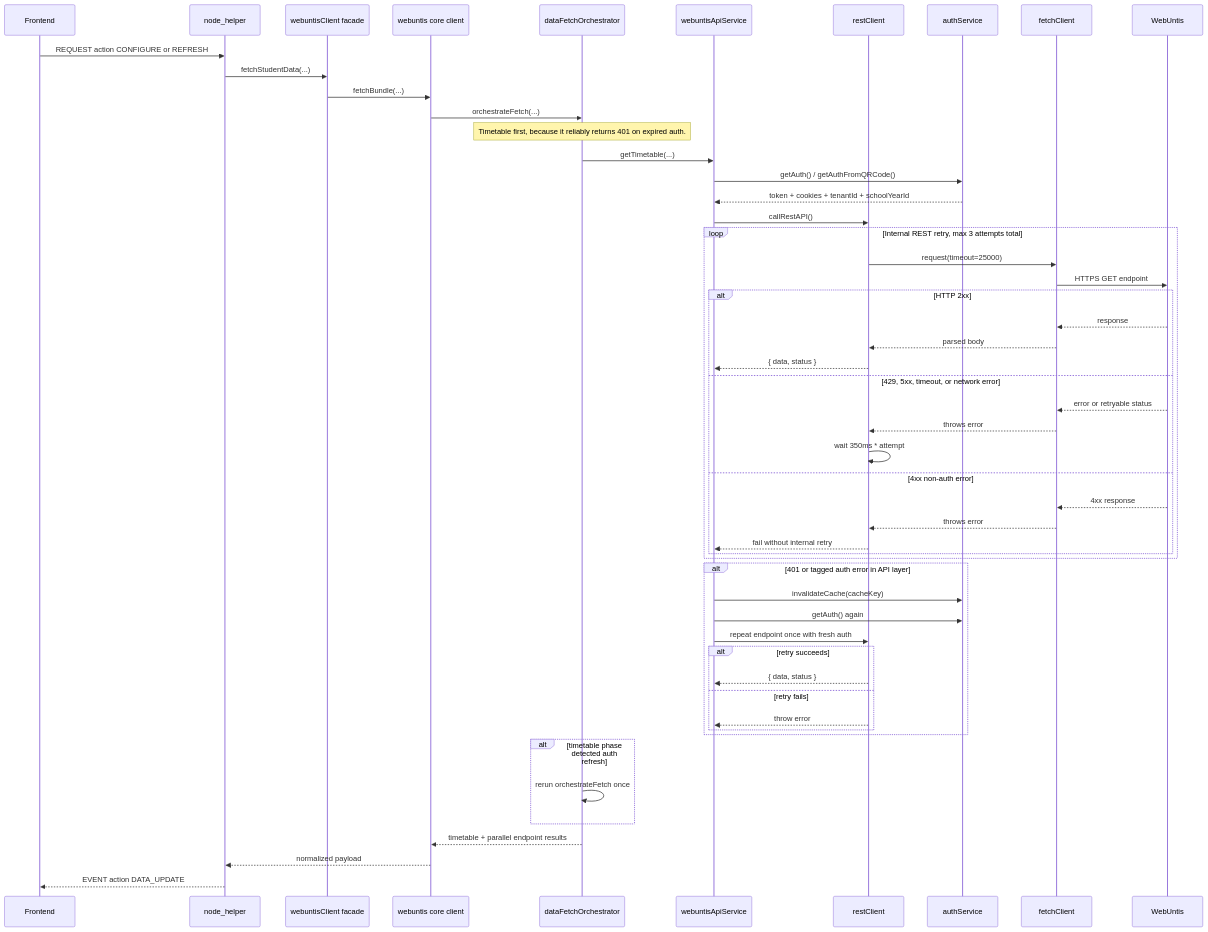
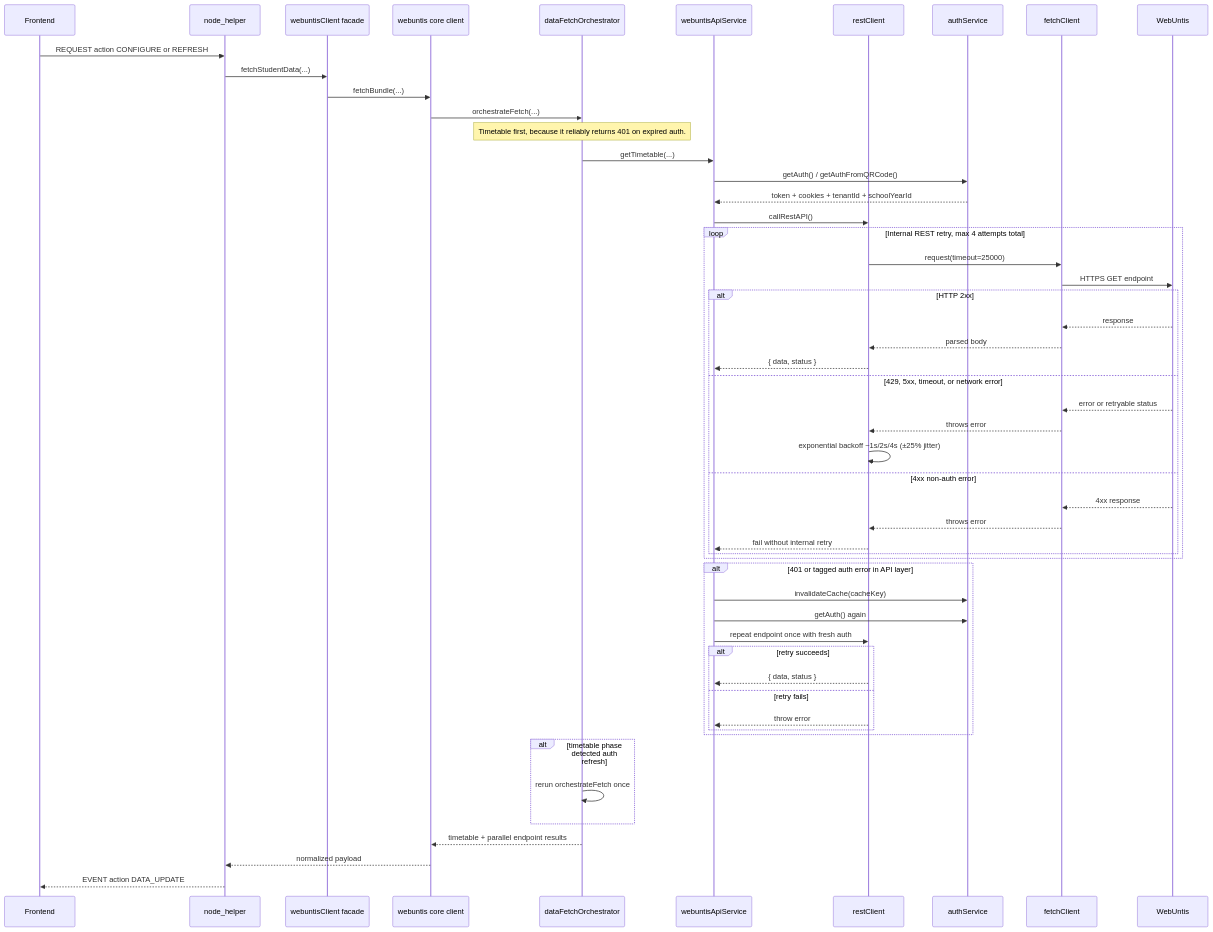
Before and after one commit to HeikoGr/MMM-Webuntis: the second of 2 diagrams in docs/SERVER_REQUEST_FLOW.md, drawn with Mermaid. The commit also changed other lines of this file and 7 other files, not shown here.

````diff
--- a/docs/SERVER_REQUEST_FLOW.md
+++ b/docs/SERVER_REQUEST_FLOW.md
@@ -112,62 +112,62 @@
 ```mermaid
 sequenceDiagram
     participant FE as Frontend
     participant NH as node_helper
     participant WF as webuntisClient facade
     participant WC as webuntis core client
     participant OR as dataFetchOrchestrator
     participant API as webuntisApiService
     participant RC as restClient
     participant AU as authService
     participant FC as fetchClient
     participant WU as WebUntis
 
     FE->>NH: REQUEST action CONFIGURE or REFRESH
     NH->>WF: fetchStudentData(...)
     WF->>WC: fetchBundle(...)
     WC->>OR: orchestrateFetch(...)
 
     Note over OR: Timetable first, because it reliably returns 401 on expired auth.
 
     OR->>API: getTimetable(...)
     API->>AU: getAuth() / getAuthFromQRCode()
     AU-->>API: token + cookies + tenantId + schoolYearId
     API->>RC: callRestAPI()
 
-    loop Internal REST retry, max 3 attempts total
+    loop Internal REST retry, max 4 attempts total
         RC->>FC: request(timeout=25000)
         FC->>WU: HTTPS GET endpoint
         alt HTTP 2xx
             WU-->>FC: response
             FC-->>RC: parsed body
             RC-->>API: { data, status }
         else 429, 5xx, timeout, or network error
             WU-->>FC: error or retryable status
             FC-->>RC: throws error
-            RC->>RC: wait 350ms * attempt
+            RC->>RC: exponential backoff ~1s/2s/4s (±25% jitter)
         else 4xx non-auth error
             WU-->>FC: 4xx response
             FC-->>RC: throws error
             RC-->>API: fail without internal retry
         end
     end
 
     alt 401 or tagged auth error in API layer
         API->>AU: invalidateCache(cacheKey)
         API->>AU: getAuth() again
         API->>RC: repeat endpoint once with fresh auth
         alt retry succeeds
             RC-->>API: { data, status }
         else retry fails
             RC-->>API: throw error
         end
     end
 
     alt timetable phase detected auth refresh
         OR->>OR: rerun orchestrateFetch once
     end
 
     OR-->>WC: timetable + parallel endpoint results
     WC-->>NH: normalized payload
     NH-->>FE: EVENT action DATA_UPDATE
 ```
````
